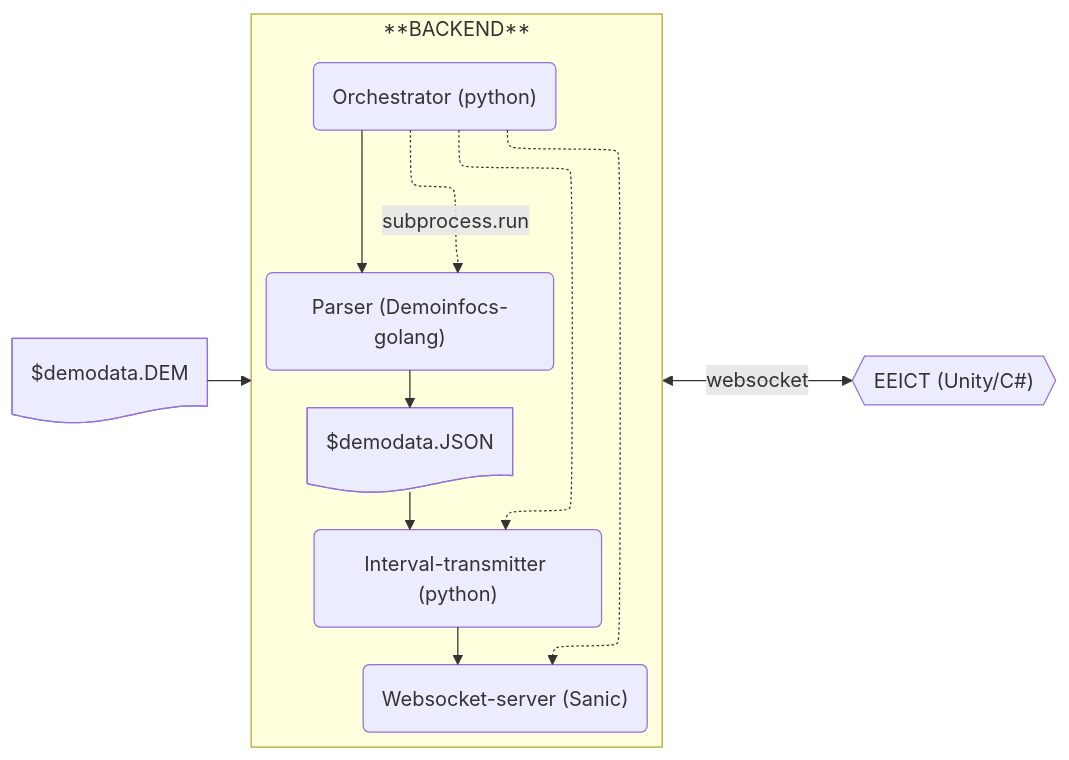
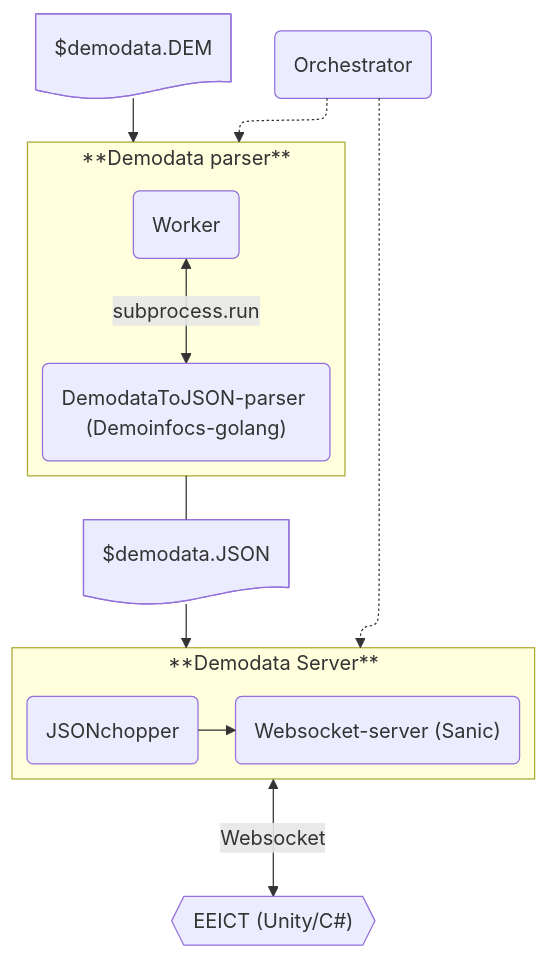
One commit to ohtuprojekti-Elisa/suunnitteludokumentaatio changed the diagram in tekninen_suunnittelu/backend/cs2-demodata_to_eeict.md. Above: the diagram before and after it, drawn with Mermaid. The commit also changed other lines of this file, not shown here.

Commit message:
Selkeyttämistä

````diff
--- a/tekninen_suunnittelu/backend/cs2-demodata_to_eeict.md
+++ b/tekninen_suunnittelu/backend/cs2-demodata_to_eeict.md
@@ -6,29 +6,35 @@
 ```mermaid
 
 %%{init: {"flowchart": {"defaultRenderer": "elk"}} }%%
 
-flowchart LR
+flowchart TB
 
-    A@{ shape: doc, label: "$demodata.DEM"}
-    A --> bck
+    dem@{ shape: doc, label: "$demodata.DEM"}
+    dem --> parser
 
-    subgraph bck [**BACKEND**]
-        orch("Orchestrator (python)")
-        orch -."subprocess.run".-> B
-        orch --> B
-        orch -.-> D
-        orch -.-> E
-        direction TB
-        B("Parser (Demoinfocs-golang)")
-        B --> C
-        C@{ shape: doc, label: "$demodata.JSON"}
-        C --> D
-        D("Interval-transmitter (python)") 
-        D --> E
+    direction TB
+    orch("Orchestrator")
+    orch -.-> parser
+    orch -.-> server
+    
+    subgraph parser ["**Demodata parser**"]
+        worker("Worker")
+        worker <--"subprocess.run"--> B
+        B("DemodataToJSON-parser (Demoinfocs-golang)")
     end
 
-    E("Websocket-server (Sanic)")
-    bck <--"websocket"--> F
-    F{{"EEICT (Unity/C#)"}}
+    parser --- json
+    json@{ shape: doc, label: "$demodata.JSON"}
+    json --> server
+
+    subgraph server ["**Demodata Server**"]
+        direction LR
+        D("JSONchopper") 
+        D --> E
+        E("Websocket-server (Sanic)")
+    end
+    
+    server <--"Websocket"--> eeict
+    eeict{{"EEICT (Unity/C#)"}}
     
 ```
````
